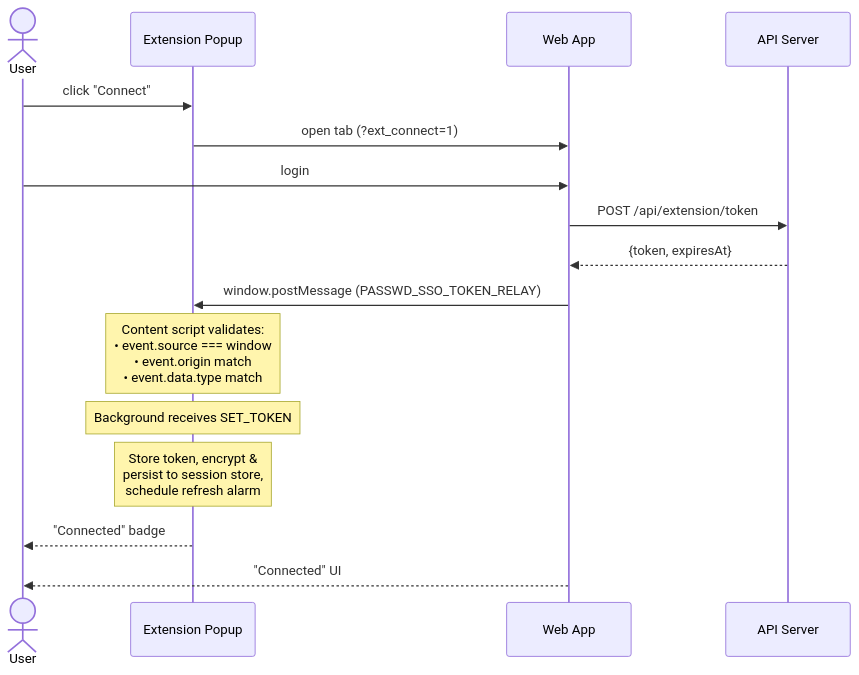
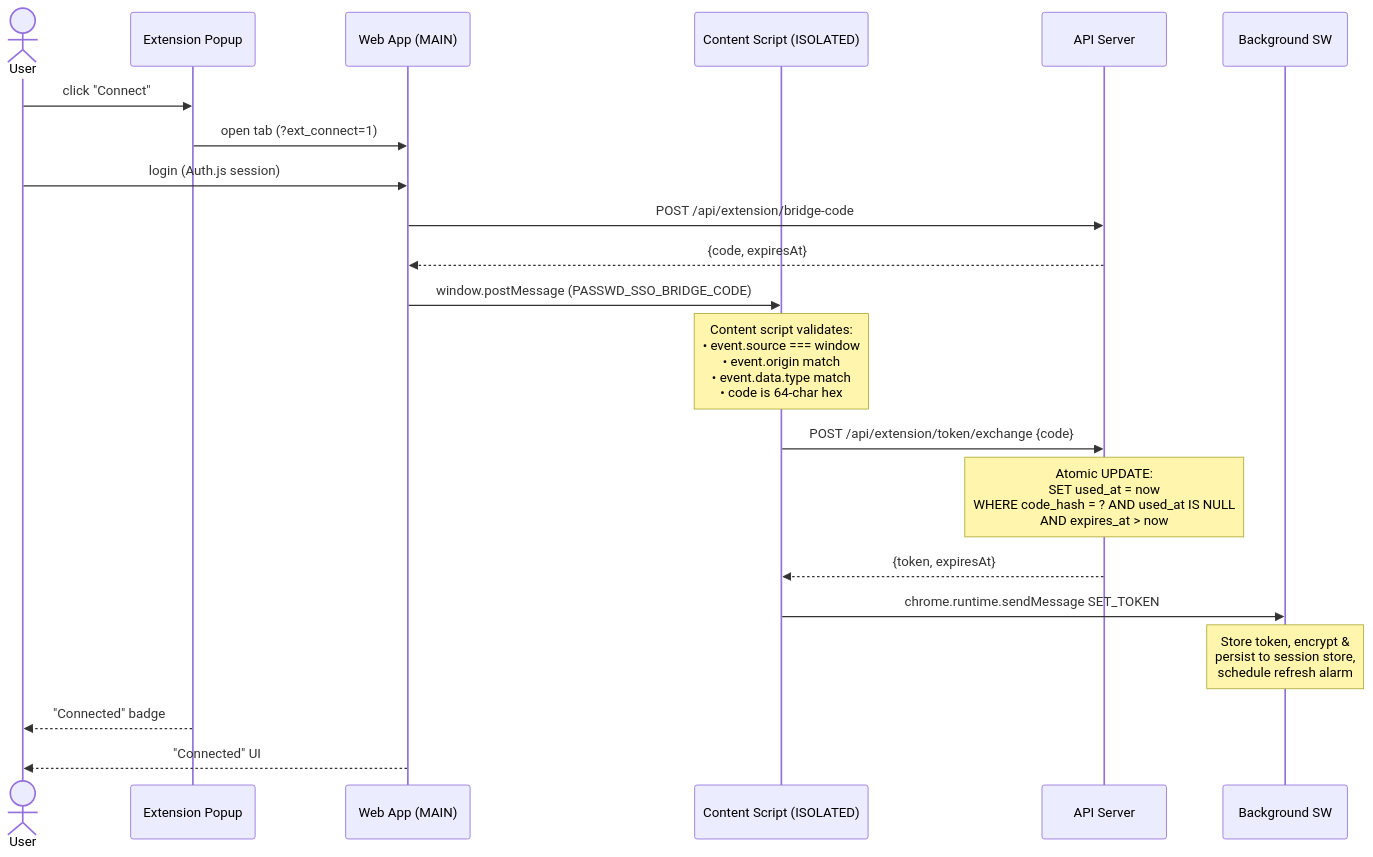
Before and after one commit to ngc-shj/passwd-sso: the second of 6 diagrams in docs/architecture/extension-token-bridge.md, drawn with Mermaid. The commit also changed other lines of this file and 40 other files, not shown here.

First line of the commit message:
feat: extension bridge code exchange — replace bearer token postMessage (#364)

````diff
--- a/docs/architecture/extension-token-bridge.md
+++ b/docs/architecture/extension-token-bridge.md
@@ -31,23 +45,28 @@
 ```mermaid
 sequenceDiagram
     actor User
     participant Popup as Extension Popup
-    participant WebApp as Web App
+    participant WebApp as Web App (MAIN)
+    participant CS as Content Script (ISOLATED)
     participant API as API Server
+    participant BG as Background SW
 
     User ->> Popup: click "Connect"
     Popup ->> WebApp: open tab (?ext_connect=1)
-    User ->> WebApp: login
-    WebApp ->> API: POST /api/extension/token
-    API -->> WebApp: {token, expiresAt}
-    WebApp ->> Popup: window.postMessage (PASSWD_SSO_TOKEN_RELAY)
+    User ->> WebApp: login (Auth.js session)
+    WebApp ->> API: POST /api/extension/bridge-code
+    API -->> WebApp: {code, expiresAt}
+    WebApp ->> CS: window.postMessage (PASSWD_SSO_BRIDGE_CODE)
 
-    Note over Popup: Content script validates:<br/>• event.source === window<br/>• event.origin match<br/>• event.data.type match
+    Note over CS: Content script validates:<br/>• event.source === window<br/>• event.origin match<br/>• event.data.type match<br/>• code is 64-char hex
 
-    Note over Popup: Background receives SET_TOKEN
+    CS ->> API: POST /api/extension/token/exchange {code}
+    Note over API: Atomic UPDATE:<br/>SET used_at = now<br/>WHERE code_hash = ? AND used_at IS NULL<br/>AND expires_at > now
+    API -->> CS: {token, expiresAt}
 
-    Note over Popup: Store token, encrypt &<br/>persist to session store,<br/>schedule refresh alarm
+    CS ->> BG: chrome.runtime.sendMessage SET_TOKEN
+    Note over BG: Store token, encrypt &<br/>persist to session store,<br/>schedule refresh alarm
 
     Popup -->> User: "Connected" badge
     WebApp -->> User: "Connected" UI
 ```
````
